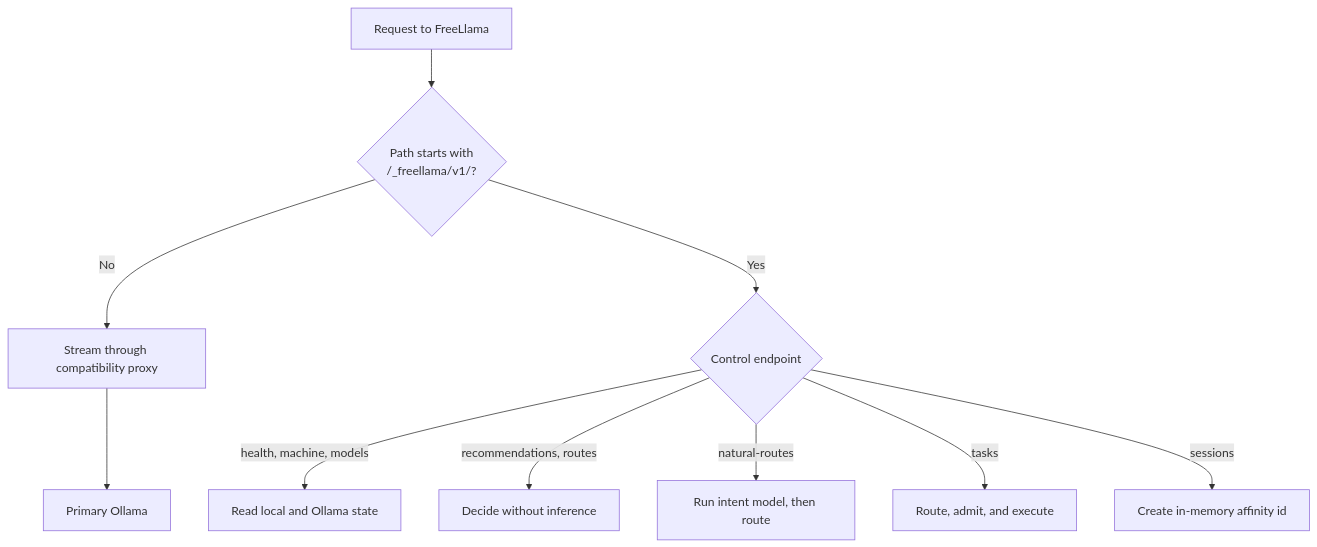
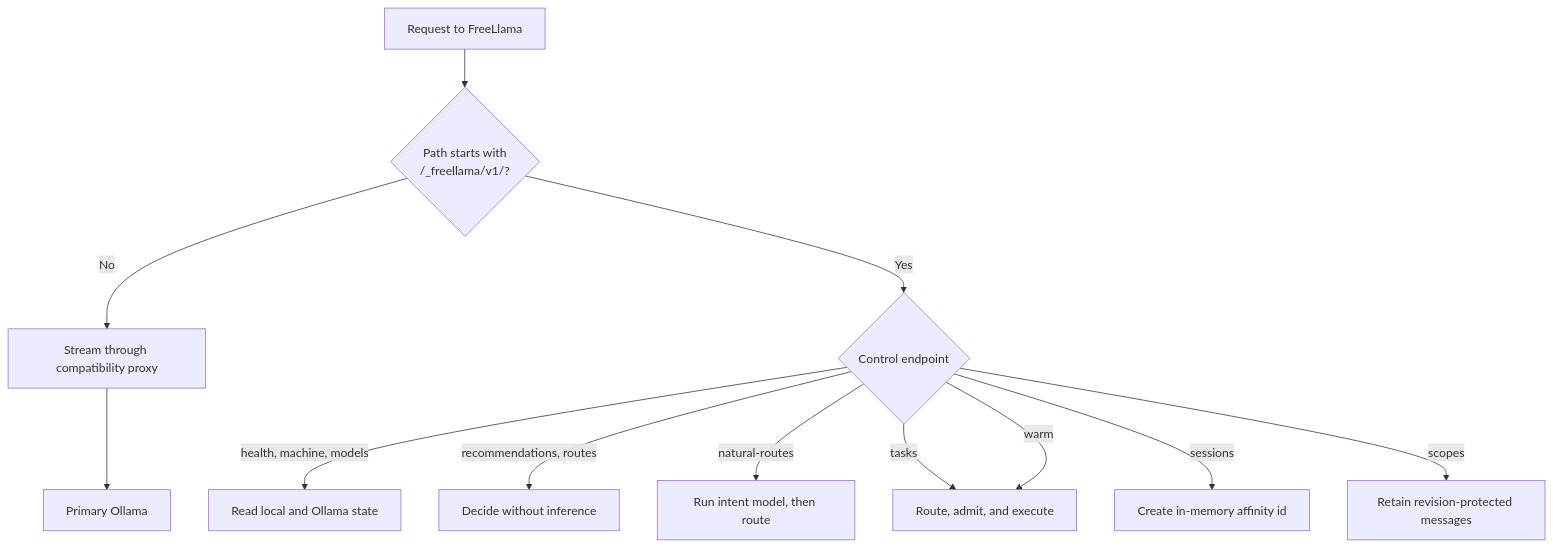
One commit to bgauryy/FreeLlama changed the second of 10 diagrams in docs/ARCHITECTURE.md. Above: the diagram before and after it, drawn with Mermaid. The commit also changed other lines of this file and 229 other files, not shown here.

````diff
--- a/docs/ARCHITECTURE.md
+++ b/docs/ARCHITECTURE.md
@@ -69,12 +69,14 @@
 ```mermaid
 flowchart TD
     IN["Request to FreeLlama"] --> P{"Path starts with<br/>/_freellama/v1/?"}
     P -->|"No"| RAW["Stream through compatibility proxy"]
     RAW --> PRIMARY["Primary Ollama"]
     P -->|"Yes"| C{"Control endpoint"}
     C -->|"health, machine, models"| READ["Read local and Ollama state"]
     C -->|"recommendations, routes"| DECIDE["Decide without inference"]
     C -->|"natural-routes"| INTENT["Run intent model, then route"]
     C -->|"tasks"| RUN["Route, admit, and execute"]
     C -->|"sessions"| SESSION["Create in-memory affinity id"]
+    C -->|"scopes"| SCOPES["Retain revision-protected messages"]
+    C -->|"warm"| RUN
 ```
````
